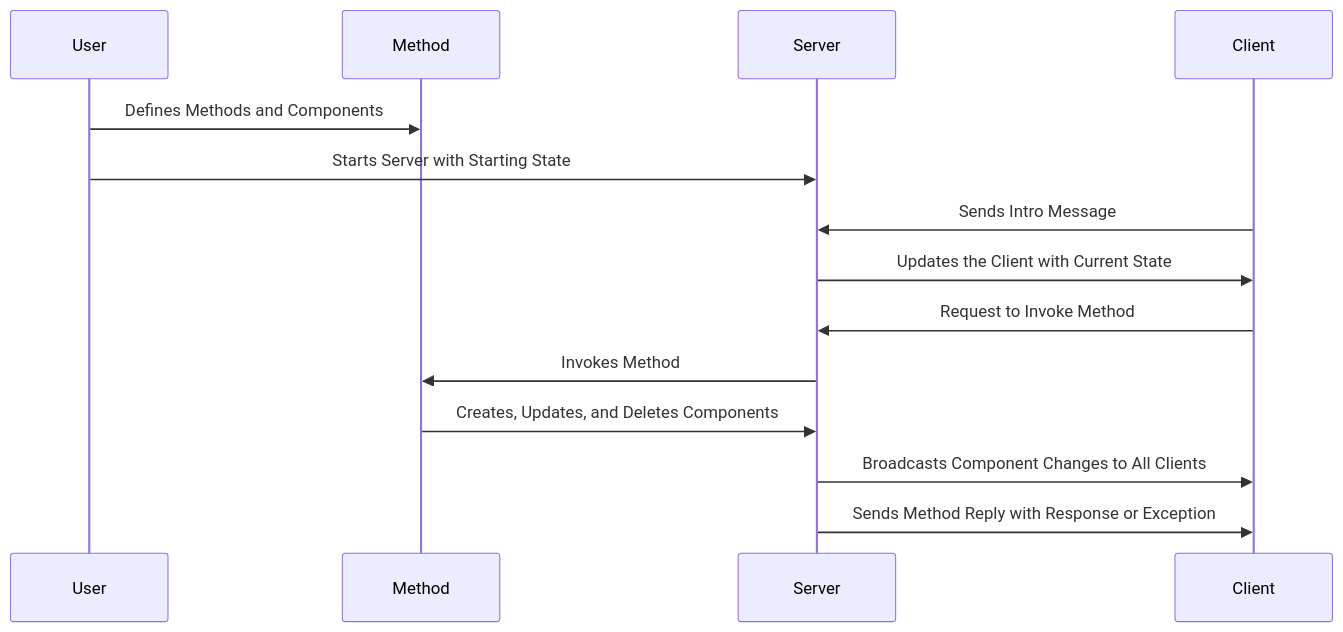
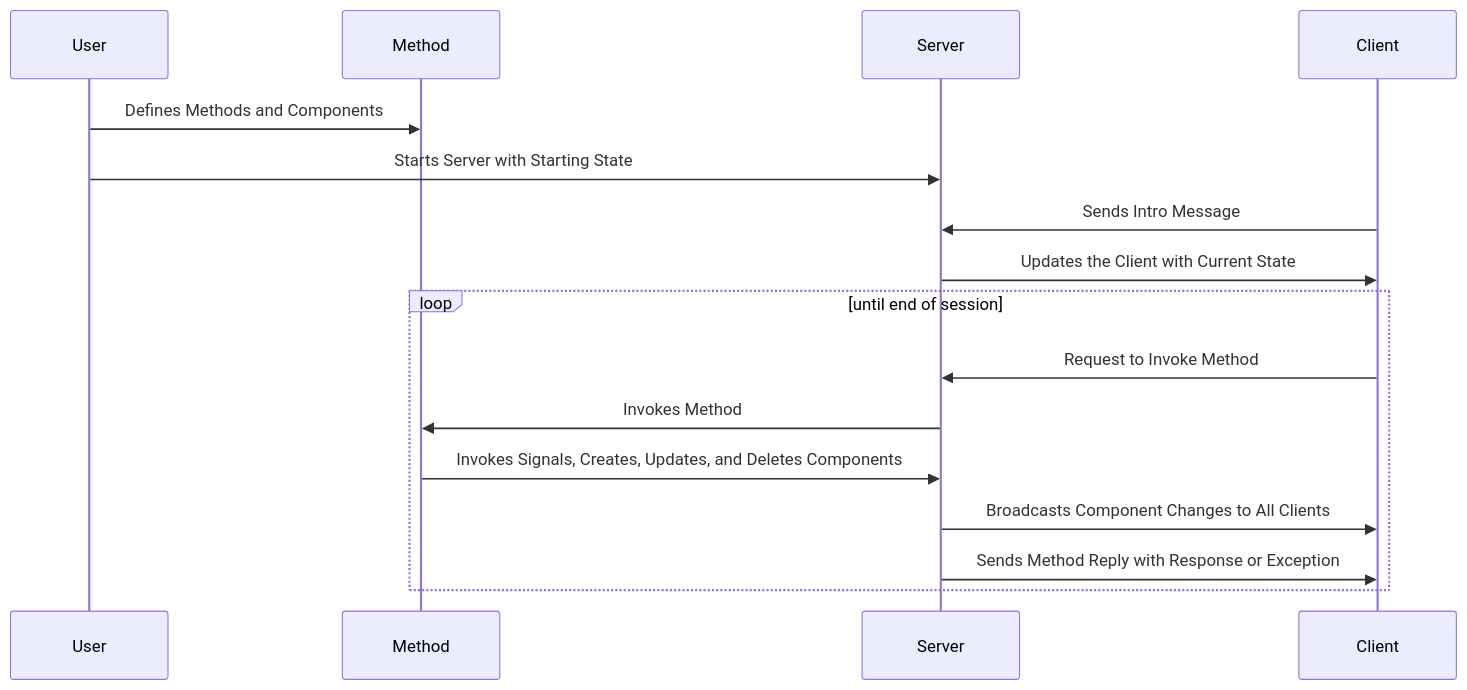
Before and after one commit to InsightCenterNoodles/Rigatoni: the diagram in README.md, drawn with Mermaid.

````diff
--- a/README.md
+++ b/README.md
@@ -11,16 +11,18 @@
 ```mermaid
 sequenceDiagram
     participant User
     participant Method
     participant Server
     participant Client
     User->>Method: Defines Methods and Components
     User->>Server: Starts Server with Starting State
     Client->>Server: Sends Intro Message
     Server->>Client: Updates the Client with Current State
-    Client->>Server: Request to Invoke Method
-    Server->>Method: Invokes Method
-    Method->>Server: Creates, Updates, and Deletes Components
-    Server->>Client: Broadcasts Component Changes to All Clients
-    Server->>Client: Sends Method Reply with Response or Exception
+    loop until end of session
+        Client->>Server: Request to Invoke Method
+        Server->>Method: Invokes Method
+        Method->>Server: Invokes Signals, Creates, Updates, and Deletes Components
+        Server->>Client: Broadcasts Component Changes to All Clients
+        Server->>Client: Sends Method Reply with Response or Exception
+    end
 ```
````
